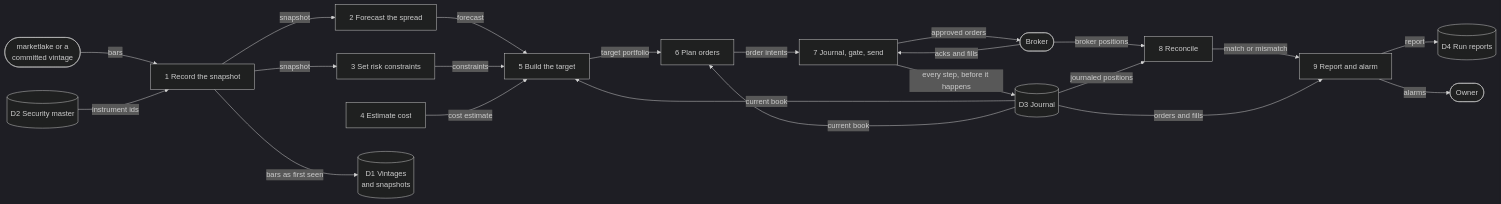
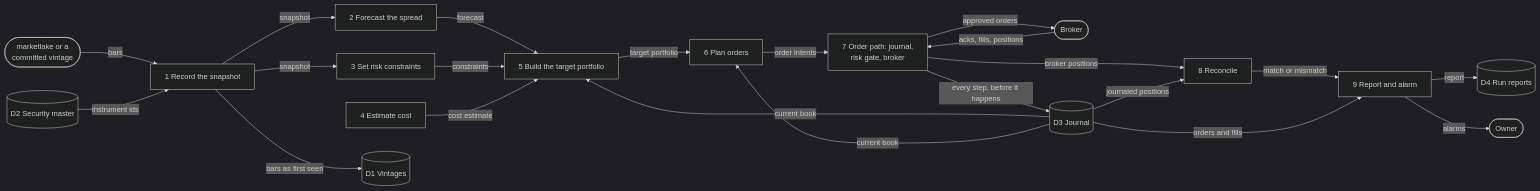
One commit to l3a0/ithildin-runtime changed the third of 16 diagrams in docs/architecture.md. Above: the diagram before and after it, drawn with Mermaid (dark theme). The commit also changed other lines of this file, not shown here.

First line of the commit message:
docs(architecture): apply the review's verified findings

````diff
--- a/docs/architecture.md
+++ b/docs/architecture.md
@@ -197,43 +248,43 @@
 ```mermaid
 flowchart LR
     vendor(["marketlake or a<br/>committed vintage"])
     brokerx(["Broker"])
     ownerx(["Owner"])
 
     p1["1 Record the snapshot"]
     p2["2 Forecast the spread"]
     p3["3 Set risk constraints"]
     p4["4 Estimate cost"]
-    p5["5 Build the target"]
+    p5["5 Build the target portfolio"]
     p6["6 Plan orders"]
-    p7["7 Journal, gate, send"]
+    p7["7 Order path: journal,<br/>risk gate, broker"]
     p8["8 Reconcile"]
     p9["9 Report and alarm"]
 
-    d1[("D1 Vintages<br/>and snapshots")]
+    d1[("D1 Vintages")]
     d2[("D2 Security master")]
     d3[("D3 Journal")]
     d4[("D4 Run reports")]
 
     vendor -->|"bars"| p1
     p1 -->|"bars as first seen"| d1
     d2 -->|"instrument ids"| p1
     p1 -->|"snapshot"| p2
     p1 -->|"snapshot"| p3
     p2 -->|"forecast"| p5
     p3 -->|"constraints"| p5
     p4 -->|"cost estimate"| p5
     d3 -->|"current book"| p5
     p5 -->|"target portfolio"| p6
     d3 -->|"current book"| p6
     p6 -->|"order intents"| p7
     p7 -->|"every step, before it happens"| d3
     p7 -->|"approved orders"| brokerx
-    brokerx -->|"acks and fills"| p7
-    brokerx -->|"broker positions"| p8
+    brokerx -->|"acks, fills, positions"| p7
+    p7 -->|"broker positions"| p8
     d3 -->|"journaled positions"| p8
     p8 -->|"match or mismatch"| p9
     d3 -->|"orders and fills"| p9
     p9 -->|"report"| d4
     p9 -->|"alarms"| ownerx
 ```
````
